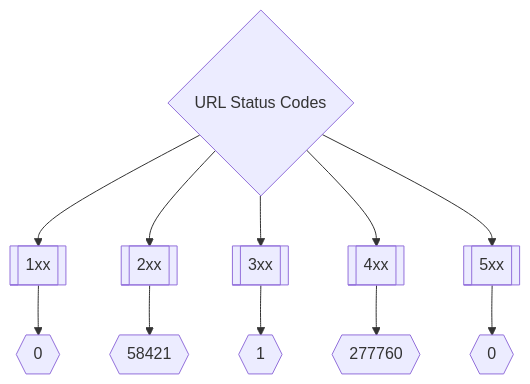
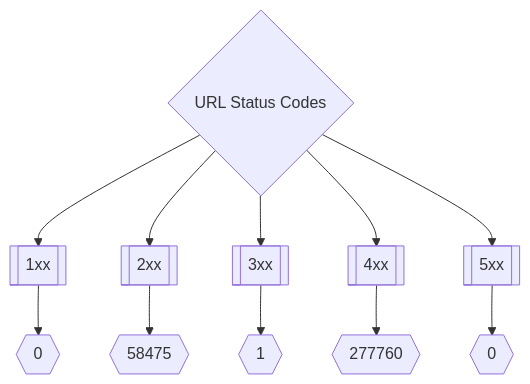
One commit to trickest/inventory changed the second of 3 diagrams in README.md. Above: the diagram before and after it, drawn with Mermaid. The commit also changed other lines of this file, not shown here.

````diff
--- a/README.md
+++ b/README.md
@@ -173,8 +173,8 @@
 ```mermaid
 graph TD
 title{URL Status Codes} --> 1xx[[1xx]] --> status1xxNum{{0}}
-title --> 2xx[[2xx]] --> status2xxNum{{58421}}
+title --> 2xx[[2xx]] --> status2xxNum{{58475}}
 title --> 3xx[[3xx]] --> status3xxNum{{1}}
 title --> 4xx[[4xx]] --> status4xxNum{{277760}}
 title --> 5xx[[5xx]] --> status5xxNum{{0}}
 ```
````
